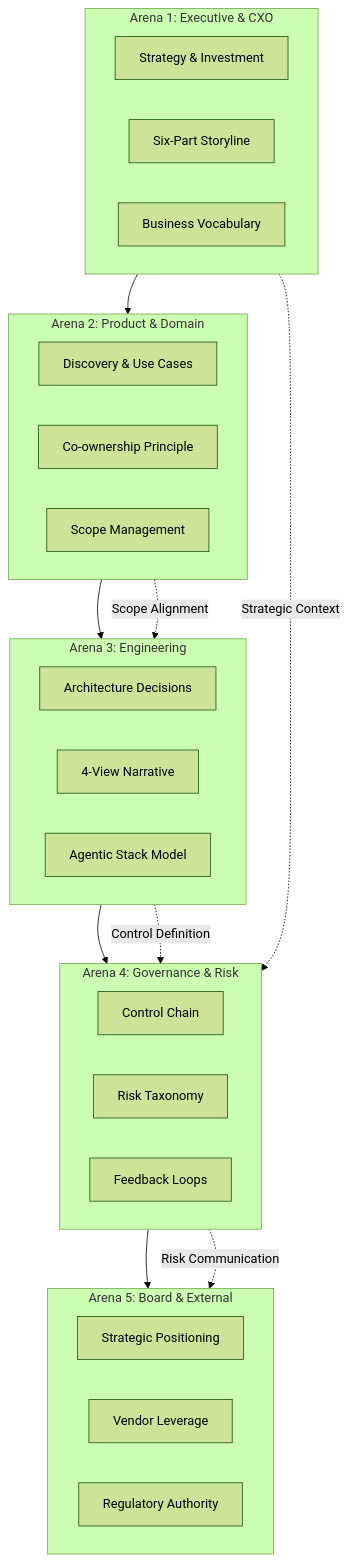
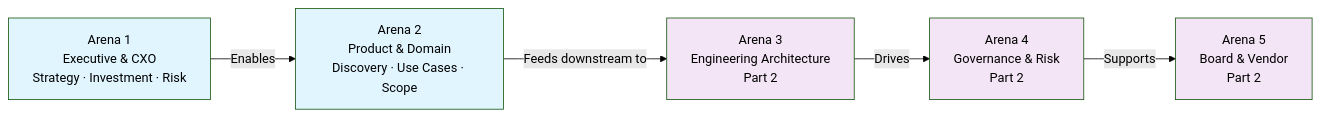
The first of 2 diagrams in docs/architecture/06-ea-architect-deep-dive-five-arenas.md (skbnai/archon), drawn with Mermaid (forest theme) before and after one commit. The commit also changed other lines of this file and 4 other files, not shown here.

````diff
--- a/docs/architecture/06-ea-architect-deep-dive-five-arenas.md
+++ b/docs/architecture/06-ea-architect-deep-dive-five-arenas.md
@@ -469,42 +43,12 @@
 ```mermaid
-graph TB
-    subgraph EX["Arena 1: Executive & CXO"]
-        EX1["Strategy & Investment"]
-        EX2["Six-Part Storyline"]
-        EX3["Business Vocabulary"]
-    end
-    
-    subgraph PR["Arena 2: Product & Domain"]
-        PR1["Discovery & Use Cases"]
-        PR2["Co-ownership Principle"]
-        PR3["Scope Management"]
-    end
-    
-    subgraph ENG["Arena 3: Engineering"]
-        ENG1["Architecture Decisions"]
-        ENG2["4-View Narrative"]
-        ENG3["Agentic Stack Model"]
-    end
-    
-    subgraph GR["Arena 4: Governance & Risk"]
-        GR1["Control Chain"]
-        GR2["Risk Taxonomy"]
-        GR3["Feedback Loops"]
-    end
-    
-    subgraph BD["Arena 5: Board & External"]
-        BD1["Strategic Positioning"]
-        BD2["Vendor Leverage"]
-        BD3["Regulatory Authority"]
-    end
-    
-    EX --> PR
-    PR --> ENG
-    ENG --> GR
-    GR --> BD
-    
-    PR -.->|Scope Alignment| ENG
-    ENG -.->|Control Definition| GR
-    GR -.->|Risk Communication| BD
-    EX -.->|Strategic Context| GR
+graph LR
+    A["Arena 1<br/>Executive & CXO<br/>Strategy · Investment · Risk"] -->|Enables| B["Arena 2<br/>Product & Domain<br/>Discovery · Use Cases · Scope"]
+    B -->|Feeds downstream to| C["Arena 3<br/>Engineering Architecture<br/>Part 2"]
+    C -->|Drives| D["Arena 4<br/>Governance & Risk<br/>Part 2"]
+    D -->|Supports| E["Arena 5<br/>Board & Vendor<br/>Part 2"]
+    style A fill:#e1f5ff
+    style B fill:#e1f5ff
+    style C fill:#f3e5f5
+    style D fill:#f3e5f5
+    style E fill:#f3e5f5
 ```
````
